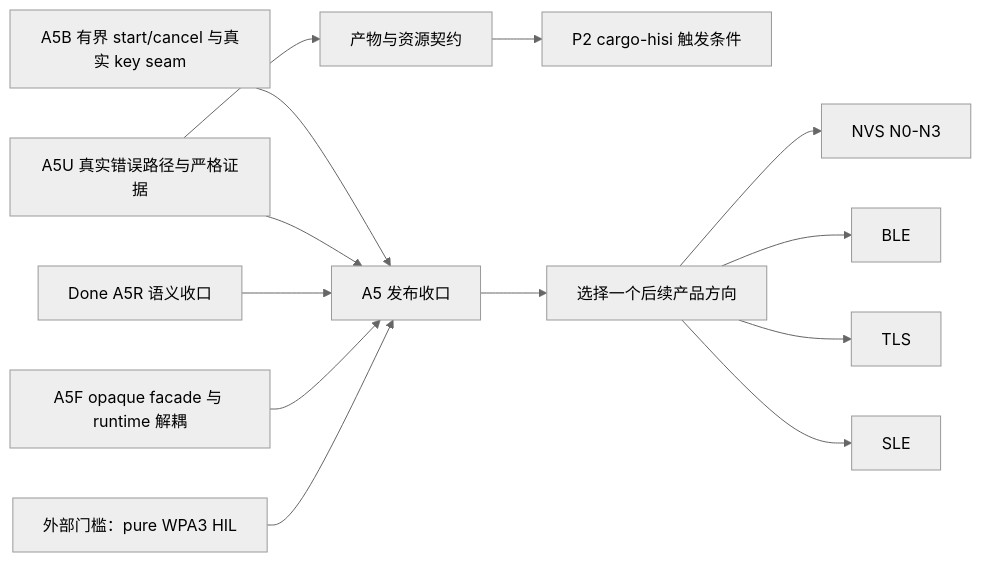
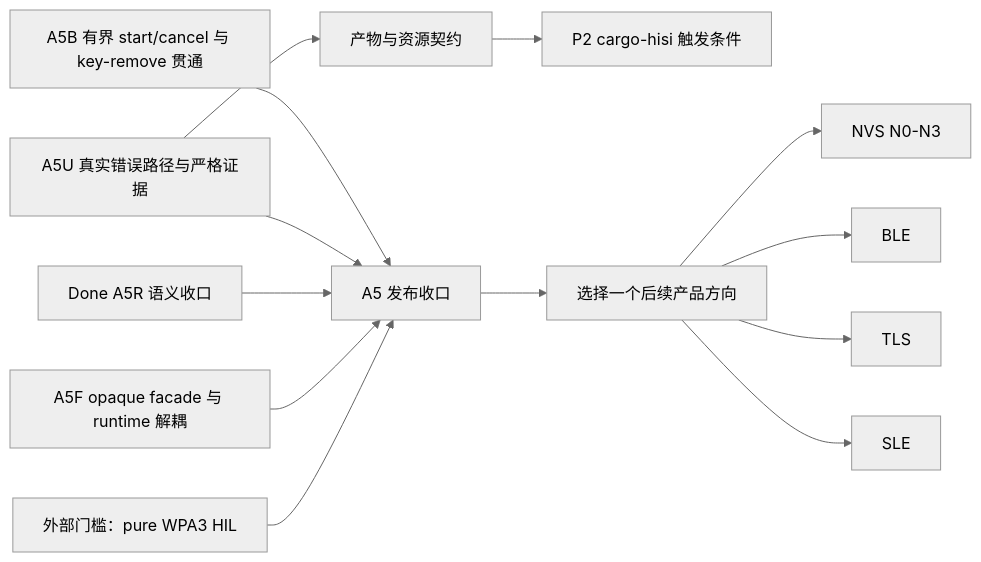
One commit to hispark-rs/hisi-riscv-rs changed the diagram in docs/plan/README.md. Above: the diagram before and after it, drawn with Mermaid (neutral theme). The commit also changed other lines of this file and 3 other files, not shown here.

````diff
--- a/docs/plan/README.md
+++ b/docs/plan/README.md
@@ -41,15 +41,15 @@
 ```mermaid
 flowchart LR
-    A5B["A5B 有界 start/cancel 与真实 key seam"] --> A5["A5 发布收口"]
+    A5B["A5B 有界 start/cancel 与 key-remove 贯通"] --> A5["A5 发布收口"]
     A5U["A5U 真实错误路径与严格证据"] --> A5
     A5U --> REPORT["产物与资源契约"]
     REPORT --> CLI["P2 cargo-hisi 触发条件"]
     A5R["Done A5R 语义收口"] --> A5
     A5F["A5F opaque facade 与 runtime 解耦"] --> A5
     WPA3["外部门槛：pure WPA3 HIL"] --> A5
     A5 --> PRODUCT["选择一个后续产品方向"]
     PRODUCT --> NVS["NVS N0-N3"]
     PRODUCT --> BLE["BLE"]
     PRODUCT --> TLS["TLS"]
     PRODUCT --> SLE["SLE"]
 ```
````
